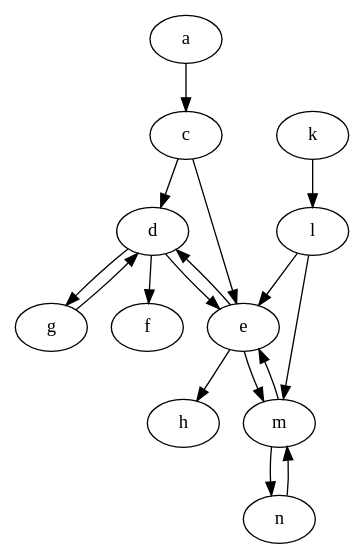
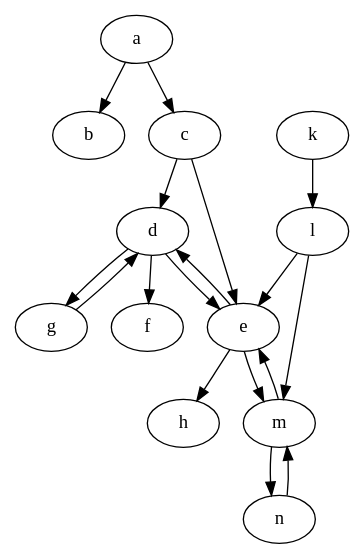
Before and after one commit to idaks/Games-and-Argumentation: the diagram in lib/graphs/wm_graph.dot, drawn with Graphviz. The commit also changed 26 other files, not shown here.

```diff
--- a/lib/graphs/wm_graph.dot
+++ b/lib/graphs/wm_graph.dot
@@ -1,18 +1,19 @@
 digraph G {
     "a" -> "c"[dir=forward];
+    "a" -> "b"[dir=forward];
     "k" -> "l"[dir=forward];
     "c" -> "d"[dir=forward];
     "c" -> "e"[dir=forward];
     "l" -> "e"[dir=forward];
     "l" -> "m"[dir=forward];
     "d" -> "e"[dir=forward];
     "e" -> "d"[dir=forward];
     "e" -> "m"[dir=forward];
     "m" -> "e"[dir=forward];
     "d" -> "f"[dir=forward];
     "d" -> "g"[dir=forward];
     "g" -> "d"[dir=forward];
     "e" -> "h"[dir=forward];
     "m" -> "n"[dir=forward];
     "n" -> "m"[dir=forward];
 }
```
